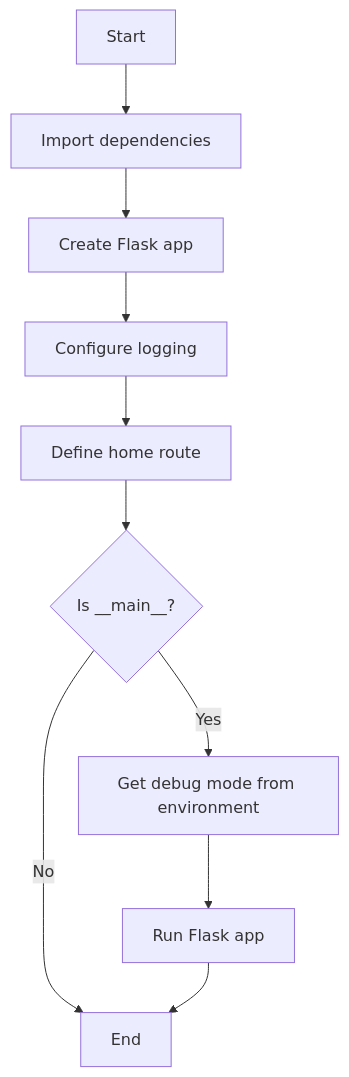
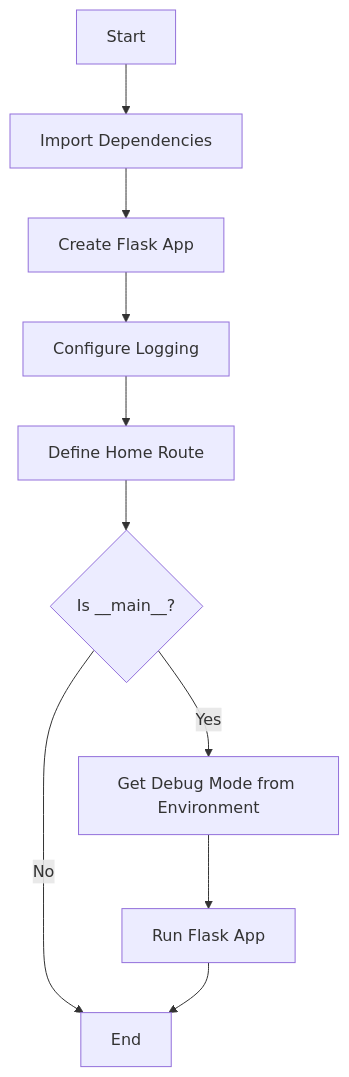
Before and after one commit to ashwanth01-pixel/flaskapp: the first of 3 diagrams in DESIGN.md, drawn with Mermaid. The commit also changed other lines of this file and 2 other files, not shown here.

Commit message:
Automated: Add repo analysis, fixes, UML, and design diagram

````diff
--- a/DESIGN.md
+++ b/DESIGN.md
@@ -5,12 +5,12 @@
 ```mermaid
-flowchart TD
-    A[Start] --> B[Import dependencies]
-    B --> C[Create Flask app]
-    C --> D[Configure logging]
-    D --> E[Define home route]
+graph TD
+    A[Start] --> B[Import Dependencies]
+    B --> C[Create Flask App]
+    C --> D[Configure Logging]
+    D --> E[Define Home Route]
     E --> F{Is __main__?}
-    F -->|Yes| G[Get debug mode from environment]
-    G --> H[Run Flask app]
+    F -->|Yes| G[Get Debug Mode from Environment]
+    G --> H[Run Flask App]
     F -->|No| I[End]
     H --> I
 ```
````
